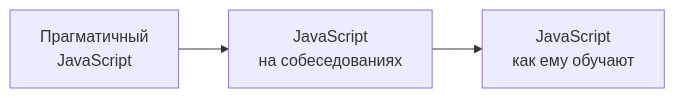
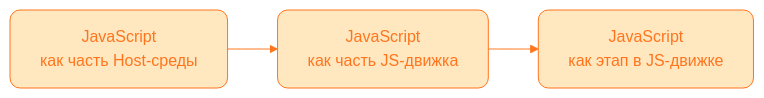
The third of 4 diagrams in presentation/slides.md (Sdju/speech), drawn with Mermaid before and after one commit. The commit also changed other lines of this file and 31 other files, not shown here.

````diff
--- a/presentation/slides.md
+++ b/presentation/slides.md
@@ -107,6 +136,17 @@
 ```mermaid
+---
+config:
+  theme: base
+  themeVariables:
+    primaryColor: '#FFE7C0'
+    primaryTextColor: '#FF751D'
+    primaryBorderColor: '#FF751D'
+    lineColor: '#FF751D'
+---
+
 flowchart LR
-  A[Прагматичный\nJavaScript] --> B
-  B[JavaScript\nна собеседованиях] --> C[Vue]
-  C[JavaScript\nкак ему обучают]
+  classDef default rx:10px,ry:10px
+  A[JavaScript\nкак часть Host-среды] --> B
+  B[JavaScript\nкак часть JS-движка] --> C[Vue]
+  C[JavaScript\nкак этап в JS-движке]
 ```
````
